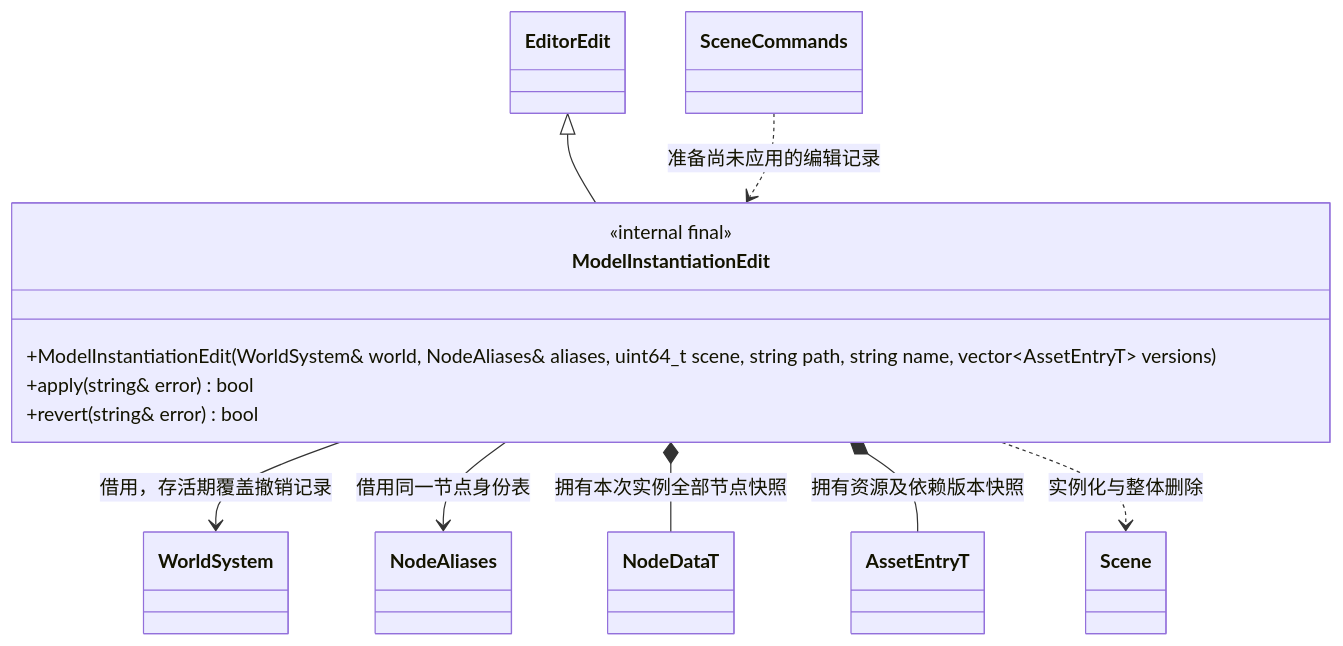
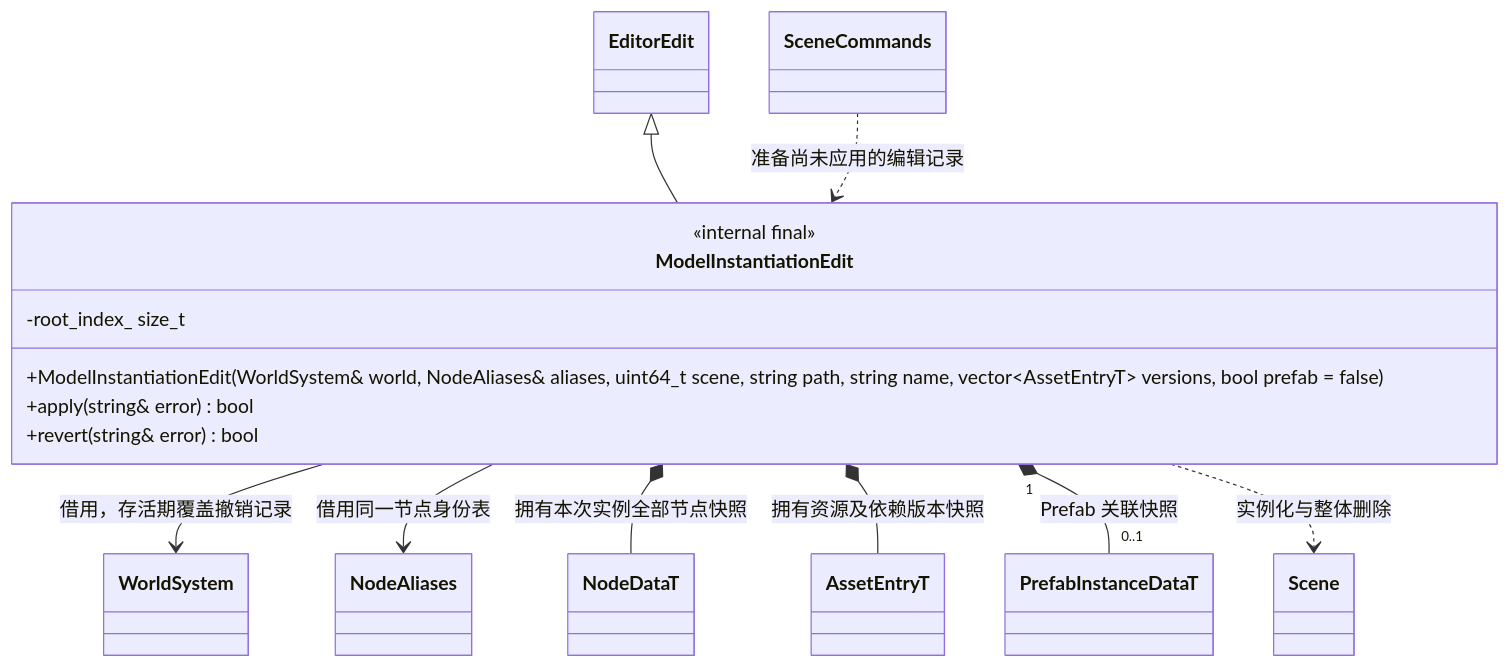
The diagram in docs/editor/class-diagrams/model-commands.md (lcals/Engine), drawn with Mermaid before and after one commit. The commit also changed other lines of this file and 193 other files, not shown here.

Commit message:
Add prefab assets, instance overrides and project workflows

````diff
--- a/docs/editor/class-diagrams/model-commands.md
+++ b/docs/editor/class-diagrams/model-commands.md
@@ -5,23 +5,26 @@
 ```mermaid
 classDiagram
     class ModelInstantiationEdit {
         <<internal final>>
-        +ModelInstantiationEdit(WorldSystem& world, NodeAliases& aliases, uint64_t scene, string path, string name, vector~AssetEntryT~ versions)
+        +ModelInstantiationEdit(WorldSystem& world, NodeAliases& aliases, uint64_t scene, string path, string name, vector~AssetEntryT~ versions, bool prefab = false)
+        -root_index_ size_t
         +apply(string& error) bool
         +revert(string& error) bool
     }
     class EditorEdit
     class SceneCommands
     class WorldSystem
     class Scene
     class NodeDataT
     class AssetEntryT
+    class PrefabInstanceDataT
     class NodeAliases
     EditorEdit <|-- ModelInstantiationEdit
     SceneCommands ..> ModelInstantiationEdit : 准备尚未应用的编辑记录
     ModelInstantiationEdit --> WorldSystem : 借用，存活期覆盖撤销记录
     ModelInstantiationEdit --> NodeAliases : 借用同一节点身份表
     ModelInstantiationEdit *-- NodeDataT : 拥有本次实例全部节点快照
     ModelInstantiationEdit *-- AssetEntryT : 拥有资源及依赖版本快照
+    ModelInstantiationEdit "1" *-- "0..1" PrefabInstanceDataT : Prefab 关联快照
     ModelInstantiationEdit ..> Scene : 实例化与整体删除
 ```
````
